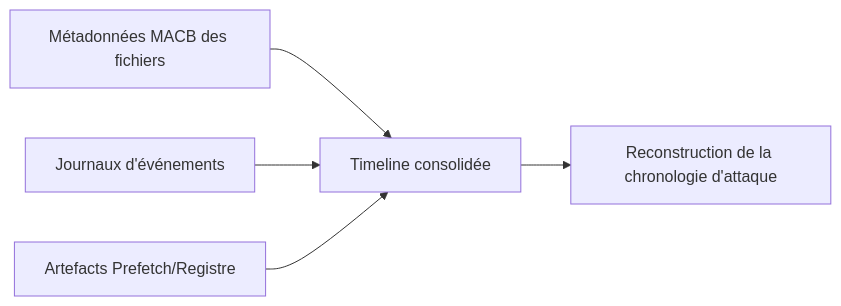
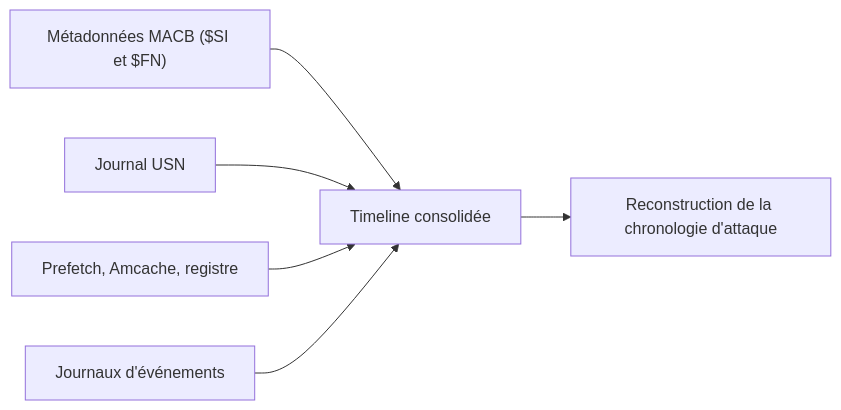
The diagram in content/courses/dfir/04-analyse-forensique-disque.md (AureDulvresse/nyx), drawn with Mermaid before and after one commit. The commit also changed other lines of this file and 167 other files, not shown here.

````diff
--- a/content/courses/dfir/04-analyse-forensique-disque.md
+++ b/content/courses/dfir/04-analyse-forensique-disque.md
@@ -55,7 +168,8 @@
 ```mermaid
 graph LR
-    A[Métadonnées MACB des fichiers] --> D[Timeline consolidée]
-    B[Journaux d'événements] --> D
-    C[Artefacts Prefetch/Registre] --> D
-    D --> E[Reconstruction de la chronologie d'attaque]
+    A["Métadonnées MACB ($SI et $FN)"] --> D["Timeline consolidée"]
+    B["Journal USN"] --> D
+    C["Prefetch, Amcache, registre"] --> D
+    E["Journaux d'événements"] --> D
+    D --> F["Reconstruction de la chronologie d'attaque"]
 ```
````
